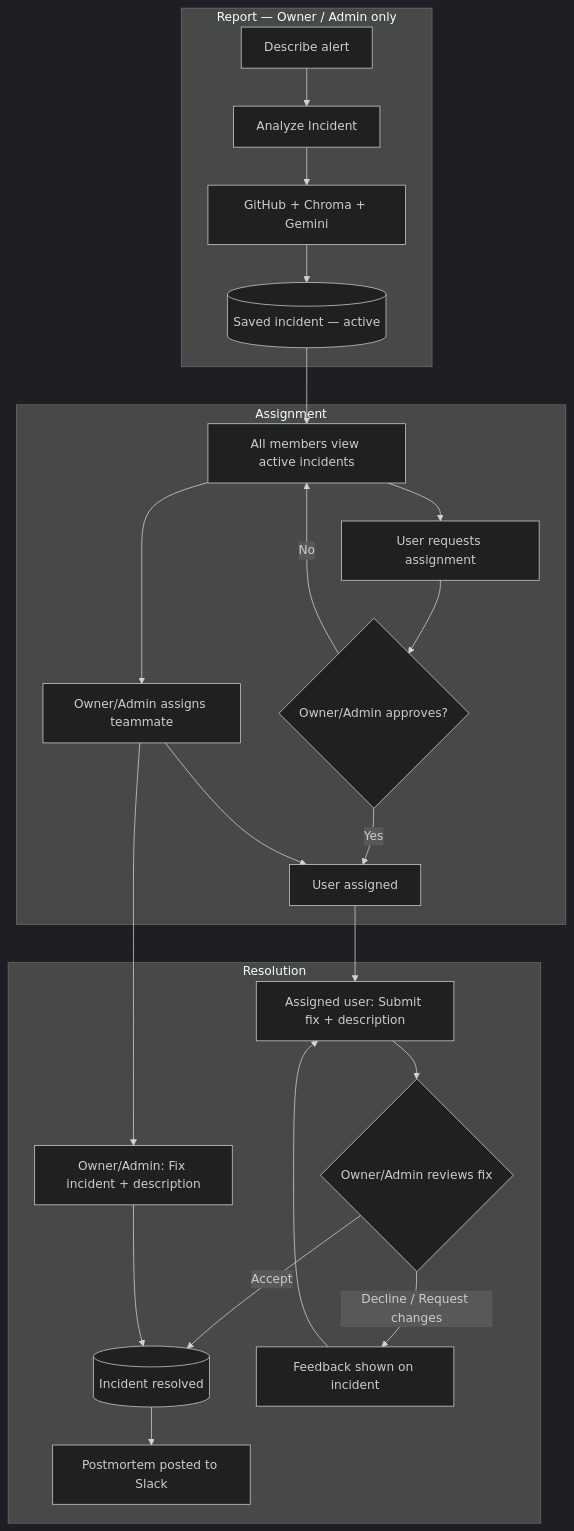
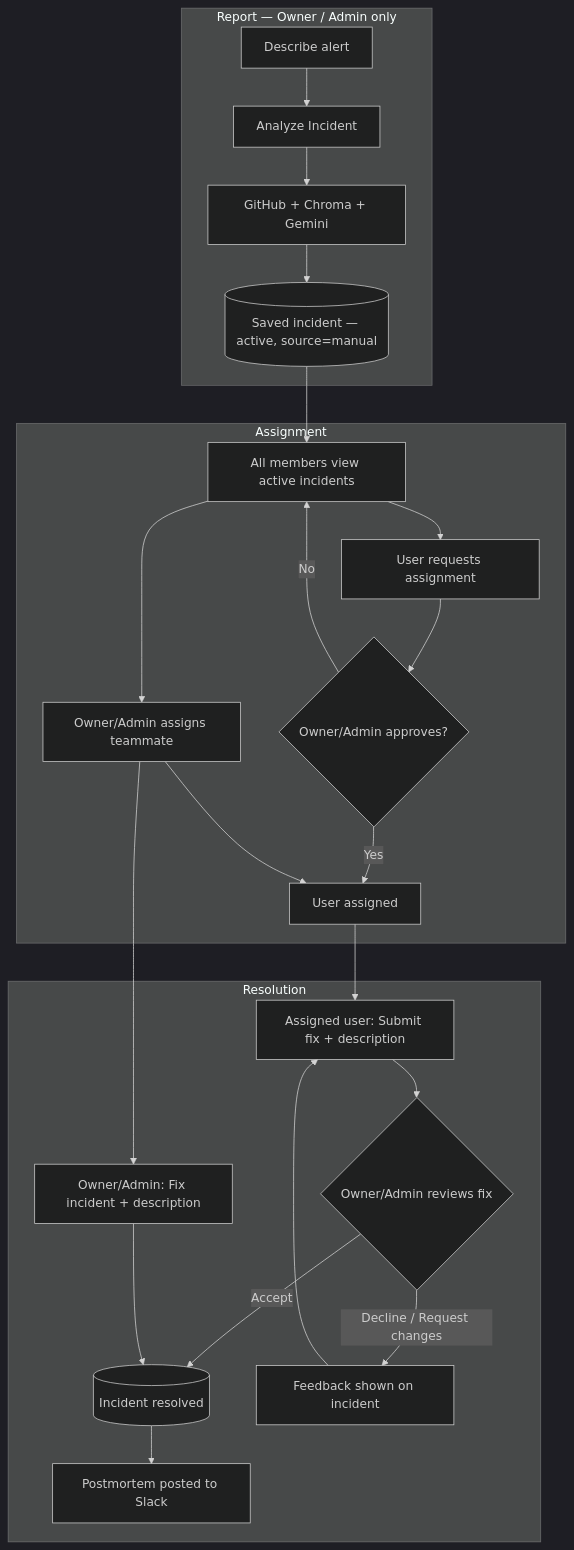
The second of 4 diagrams in README.md (devmam999/SentinelAI), drawn with Mermaid (dark theme) before and after one commit. The commit also changed other lines of this file and 9 other files, not shown here.

````diff
--- a/README.md
+++ b/README.md
@@ -412,29 +446,29 @@
 ```mermaid
 flowchart TB
   subgraph report [Report — Owner / Admin only]
     ALERT[Describe alert] --> ANALYZE[Analyze Incident]
     ANALYZE --> RAG[GitHub + Chroma + Gemini]
-    RAG --> SAVE[(Saved incident — active)]
+    RAG --> SAVE[(Saved incident — active, source=manual)]
   end
 
   subgraph assign [Assignment]
     SAVE --> VIEW[All members view active incidents]
     VIEW --> ADMIN_ASSIGN[Owner/Admin assigns teammate]
     VIEW --> USER_REQ[User requests assignment]
     USER_REQ --> ADMIN_APPROVE{Owner/Admin approves?}
     ADMIN_APPROVE -->|Yes| ASSIGNED[User assigned]
     ADMIN_APPROVE -->|No| VIEW
     ADMIN_ASSIGN --> ASSIGNED
   end
 
   subgraph resolve [Resolution]
     ASSIGNED --> USER_FIX[Assigned user: Submit fix + description]
     ADMIN_ASSIGN --> ADMIN_FIX[Owner/Admin: Fix incident + description]
     USER_FIX --> FIX_REVIEW{Owner/Admin reviews fix}
     FIX_REVIEW -->|Accept| RESOLVED[(Incident resolved)]
     FIX_REVIEW -->|Decline / Request changes| FEEDBACK[Feedback shown on incident]
     FEEDBACK --> USER_FIX
     ADMIN_FIX --> RESOLVED
     RESOLVED --> POSTMORTEM[Postmortem posted to Slack]
   end
 ```
````
